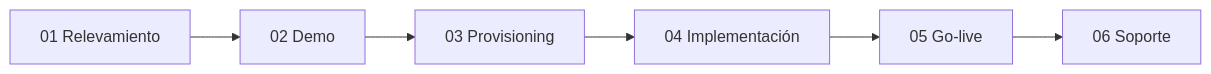
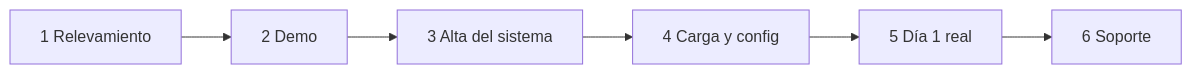
Before and after one commit to pablocla/erpia: the first of 3 diagrams in content/docs/room/flujo-go-live-cloud.mdx, drawn with Mermaid. The commit also changed other lines of this file and 12 other files, not shown here.

````diff
--- a/content/docs/room/flujo-go-live-cloud.mdx
+++ b/content/docs/room/flujo-go-live-cloud.mdx
@@ -18,8 +22,8 @@
 ```mermaid
 flowchart LR
-  R1[01 Relevamiento] --> R2[02 Demo]
-  R2 --> R3[03 Provisioning]
-  R3 --> R4[04 Implementación]
-  R4 --> R5[05 Go-live]
-  R5 --> R6[06 Soporte]
+  A[1 Relevamiento] --> B[2 Demo]
+  B --> C[3 Alta del sistema]
+  C --> D[4 Carga y config]
+  D --> E[5 Día 1 real]
+  E --> F[6 Soporte]
 ```
````
